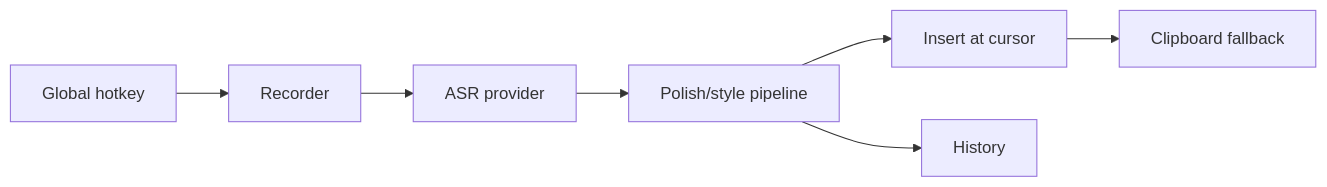
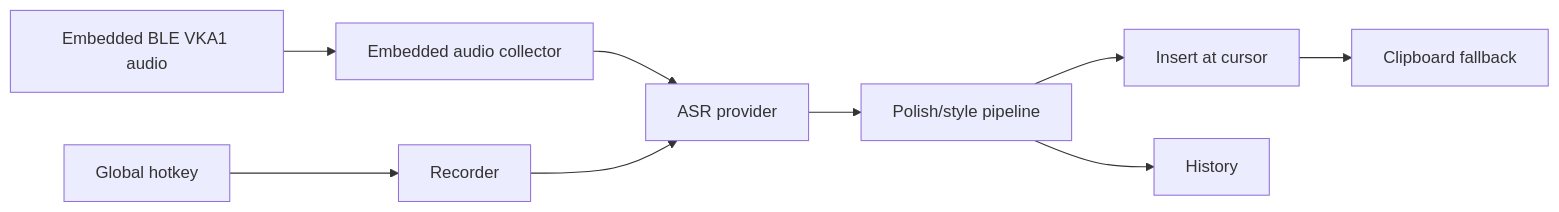
The diagram in docs/features/dictation-pipeline.md (Listener-ai-Macau/Listener-Type), drawn with Mermaid before and after one commit. The commit also changed other lines of this file and 2 other files, not shown here.

````diff
--- a/docs/features/dictation-pipeline.md
+++ b/docs/features/dictation-pipeline.md
@@ -5,9 +5,11 @@
 ```mermaid
 flowchart LR
   Hotkey["Global hotkey"] --> Recorder["Recorder"]
+  Embedded["Embedded BLE VKA1 audio"] --> EmbeddedCollector["Embedded audio collector"]
+  EmbeddedCollector --> ASR
   Recorder --> ASR["ASR provider"]
   ASR --> Polish["Polish/style pipeline"]
   Polish --> Insert["Insert at cursor"]
   Insert --> Clipboard["Clipboard fallback"]
   Polish --> History["History"]
 ```
````
